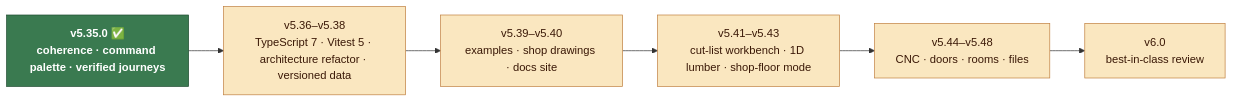
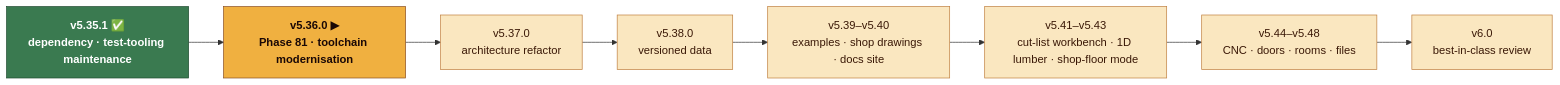
The second of 2 diagrams in README.md (RajwanYair/WoodworkingShop), drawn with Mermaid before and after one commit. The commit also changed other lines of this file and 14 other files, not shown here.

````diff
--- a/README.md
+++ b/README.md
@@ -230,15 +230,16 @@
 ```mermaid
 flowchart LR
-  now["v5.35.0 ✅<br/>coherence · command palette · verified journeys"] --> t["v5.36–v5.38<br/>TypeScript 7 · Vitest 5 · architecture refactor · versioned data"]
-  t --> d["v5.39–v5.40<br/>examples · shop drawings · docs site"]
+  now["v5.35.1 ✅<br/>dependency · test-tooling maintenance"] --> t["v5.36.0 ▶<br/>Phase 81 · toolchain modernisation"]
+  t --> a["v5.37.0<br/>architecture refactor"] --> d0["v5.38.0<br/>versioned data"]
+  d0 --> d["v5.39–v5.40<br/>examples · shop drawings · docs site"]
   d --> w["v5.41–v5.43<br/>cut-list workbench · 1D lumber · shop-floor mode"]
   w --> m["v5.44–v5.48<br/>CNC · doors · rooms · files"]
   m --> v6["v6.0<br/>best-in-class review"]
 
   classDef done fill:#3a7a50,stroke:#1e4a30,color:#ffffff,font-weight:bold
   classDef next fill:#f0b040,stroke:#8b5022,color:#1a0806,font-weight:bold
   classDef later fill:#fae7c0,stroke:#c08040,color:#3a1806
   class now done
-  class c next
-  class t,d,w,m,v6 later
+  class t next
+  class a,d0,d,w,m,v6 later
 ```
````
